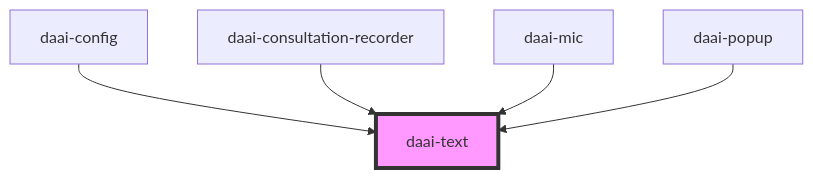
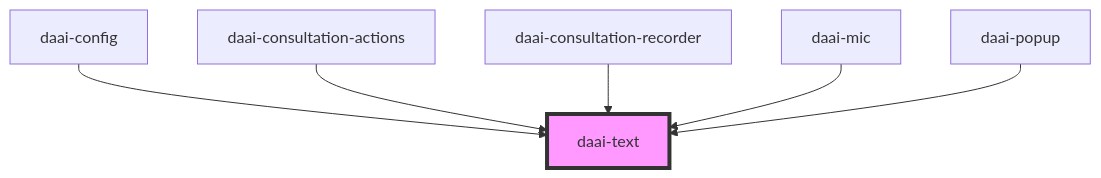
One commit to doctor-assistant/web-components changed the diagram in src/components/atoms/text/readme.md. Above: the diagram before and after it, drawn with Mermaid. The commit also changed other lines of this file and 3 other files, not shown here.

````diff
--- a/src/components/atoms/text/readme.md
+++ b/src/components/atoms/text/readme.md
@@ -26,8 +27,9 @@
 ```mermaid
 graph TD;
   daai-config --> daai-text
+  daai-consultation-actions --> daai-text
   daai-consultation-recorder --> daai-text
   daai-mic --> daai-text
   daai-popup --> daai-text
   style daai-text fill:#f9f,stroke:#333,stroke-width:4px
 ```
````
